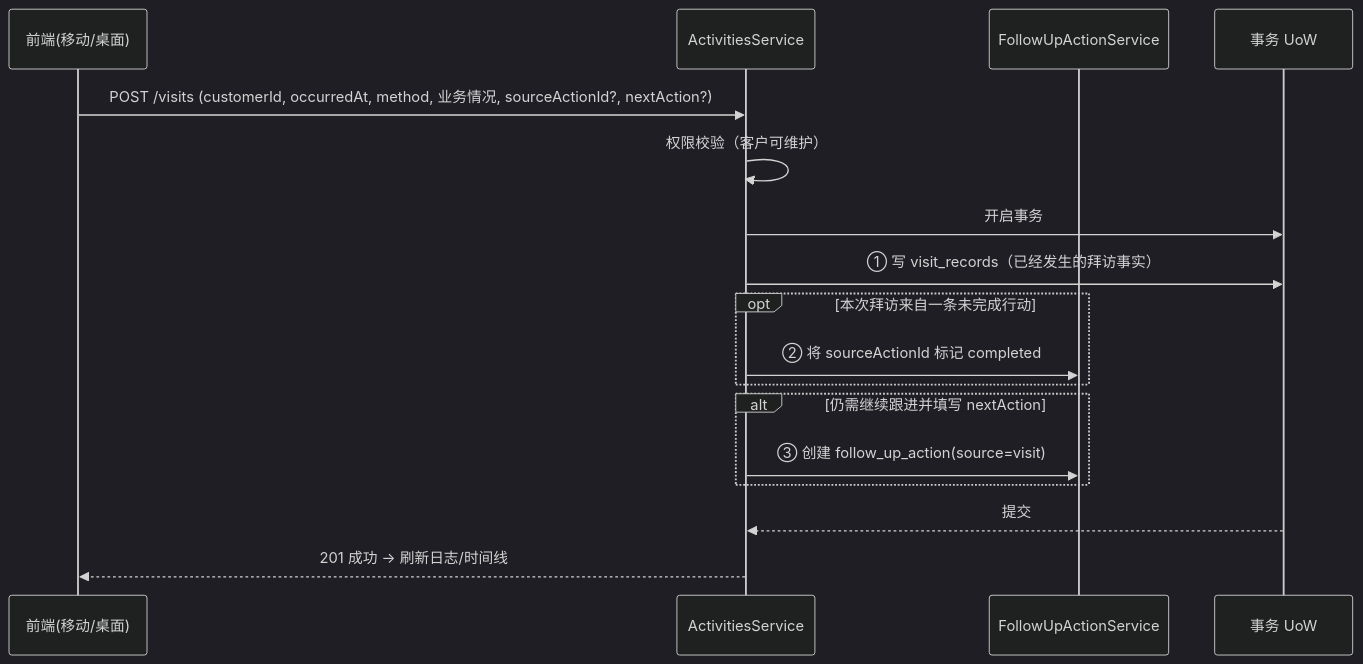
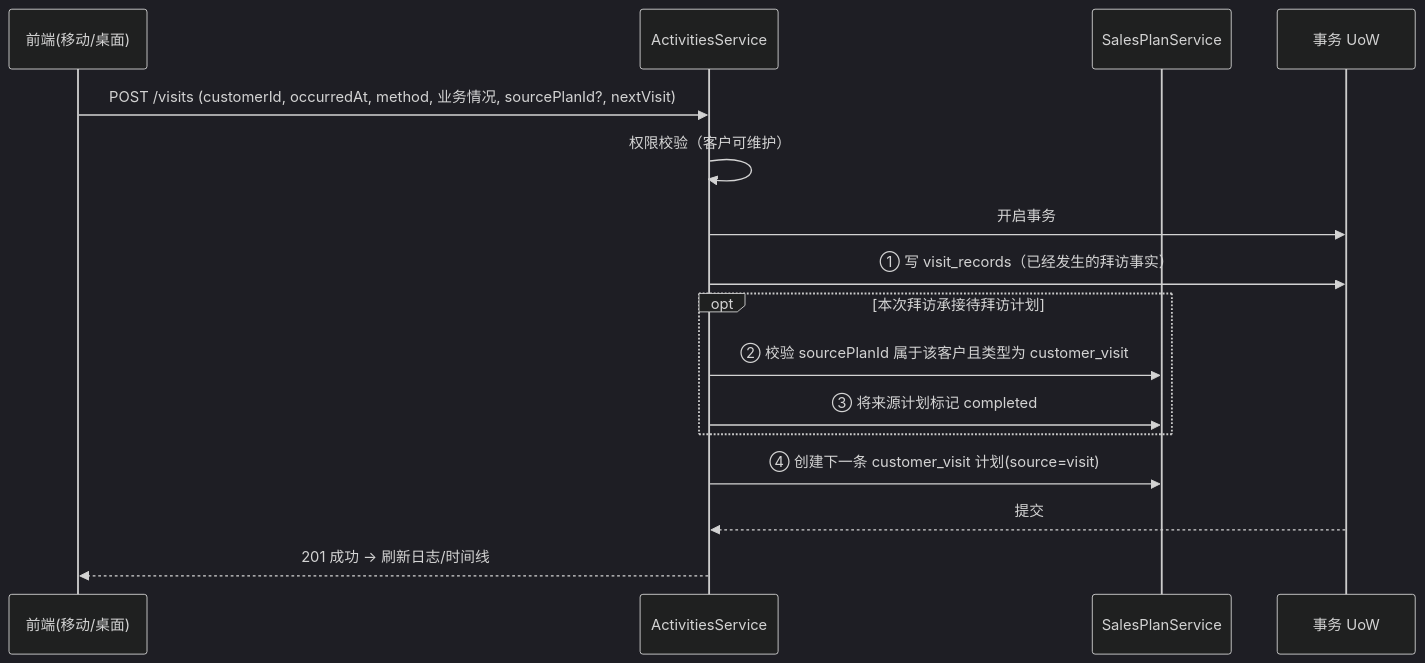
One commit to lixiname/LITECRM changed diagram 15 of 26 in docs/重构架构决策与实施蓝图.md. Above: the diagram before and after it, drawn with Mermaid (dark theme). The commit also changed other lines of this file and 72 other files, not shown here.

Commit message:
feat: remodel sales plans and customer workbench

````diff
--- a/docs/重构架构决策与实施蓝图.md
+++ b/docs/重构架构决策与实施蓝图.md
@@ -1006,19 +1011,18 @@
 ```mermaid
 sequenceDiagram
     participant C as 前端(移动/桌面)
     participant V as ActivitiesService
-    participant A as FollowUpActionService
+    participant A as SalesPlanService
     participant D as 事务 UoW
-    C->>V: POST /visits (customerId, occurredAt, method, 业务情况, sourceActionId?, nextAction?)
+    C->>V: POST /visits (customerId, occurredAt, method, 业务情况, sourcePlanId?, nextVisit)
     V->>V: 权限校验（客户可维护）
     V->>D: 开启事务
     V->>D: ① 写 visit_records（已经发生的拜访事实）
-    opt 本次拜访来自一条未完成行动
-        V->>A: ② 将 sourceActionId 标记 completed
+    opt 本次拜访承接待拜访计划
+        V->>A: ② 校验 sourcePlanId 属于该客户且类型为 customer_visit
+        V->>A: ③ 将来源计划标记 completed
     end
-    alt 仍需继续跟进并填写 nextAction
-        V->>A: ③ 创建 follow_up_action(source=visit)
-    end
+    V->>A: ④ 创建下一条 customer_visit 计划(source=visit)
     D-->>V: 提交
     V-->>C: 201 成功 → 刷新日志/时间线
 ```
````
